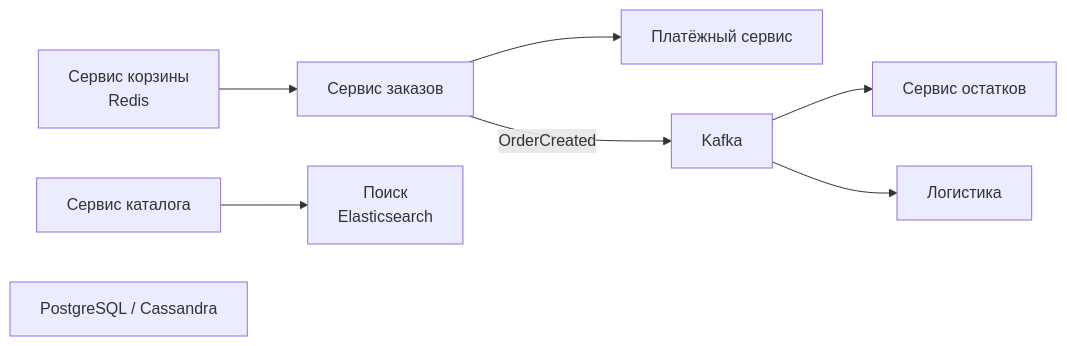
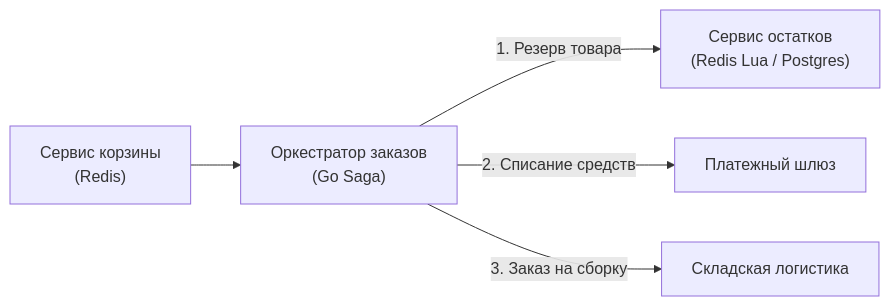
Before and after one commit to UnrealTemplier/go-textbook: the eighth of 10 diagrams in sources/11. Архитектура и System Design/52. Разбор типичных System Design задач.md, drawn with Mermaid. The commit also changed other lines of this file, not shown here.

````diff
--- a/sources/11. Архитектура и System Design/52. Разбор типичных System Design задач.md
+++ b/sources/11. Архитектура и System Design/52. Разбор типичных System Design задач.md
@@ -342,17 +381,13 @@
 ```mermaid
 flowchart LR
-    CatalogSvc["Сервис каталога"]
-    CartSvc["Сервис корзины<br>Redis"]
-    OrderSvc["Сервис заказов"]
-    PaymentSvc["Платёжный сервис"]
-    InventorySvc["Сервис остатков"]
-    SearchSvc["Поиск<br>Elasticsearch"]
-    DB["PostgreSQL / Cassandra"]
-    Kafka["Kafka"]
+    CartSvc["Сервис корзины<br>(Redis)"]
+    OrderSvc["Оркестратор заказов<br>(Go Saga)"]
+    Inventory["Сервис остатков<br>(Redis Lua / Postgres)"]
+    Payment["Платежный шлюз"]
+    Warehouse["Складская логистика"]
 
-    CatalogSvc --> SearchSvc
-    CartSvc --> OrderSvc --> PaymentSvc
-    OrderSvc -->|"OrderCreated"| Kafka
-    Kafka --> InventorySvc
-    Kafka --> Logistics["Логистика"]
+    CartSvc --> OrderSvc
+    OrderSvc -->|"1. Резерв товара"| Inventory
+    OrderSvc -->|"2. Списание средств"| Payment
+    OrderSvc -->|"3. Заказ на сборку"| Warehouse
 ```
````
